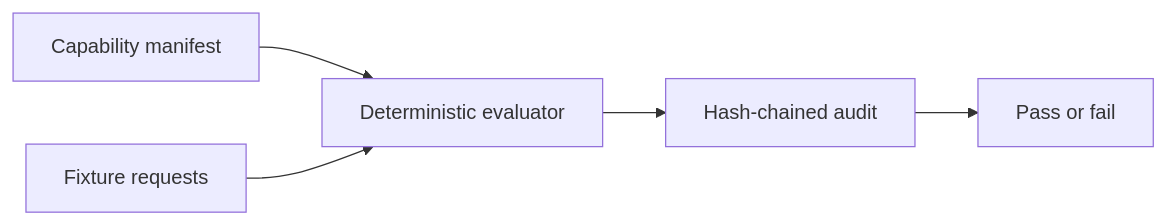
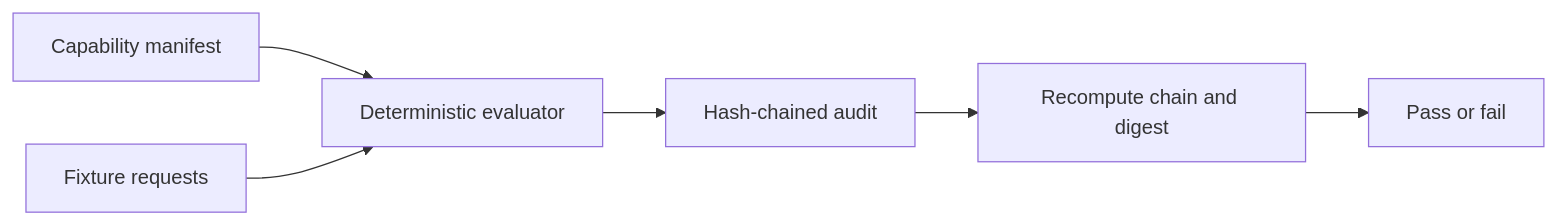
Before and after one commit to streamentry/AGENTOWNERS: the diagram in scripts/AGENTS.md, drawn with Mermaid. The commit also changed other lines of this file and 21 other files, not shown here.

Commit message:
feat(core): verify capability audit integrity

````diff
--- a/scripts/AGENTS.md
+++ b/scripts/AGENTS.md
@@ -27,7 +27,8 @@
 ```mermaid
 flowchart LR
   Manifest[Capability manifest] --> Demo[Deterministic evaluator]
   Attempts[Fixture requests] --> Demo
   Demo --> Audit[Hash-chained audit]
-  Audit --> Exit[Pass or fail]
+  Audit --> Verify[Recompute chain and digest]
+  Verify --> Exit[Pass or fail]
 ```
````
